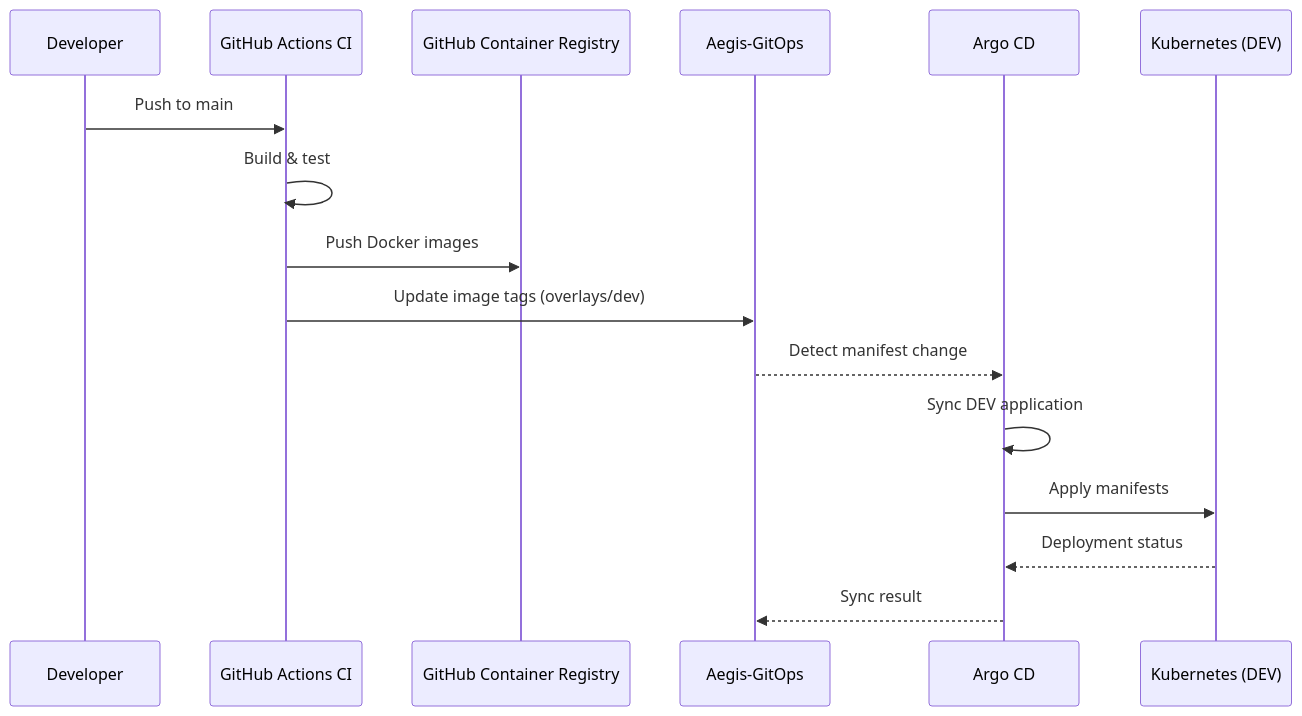
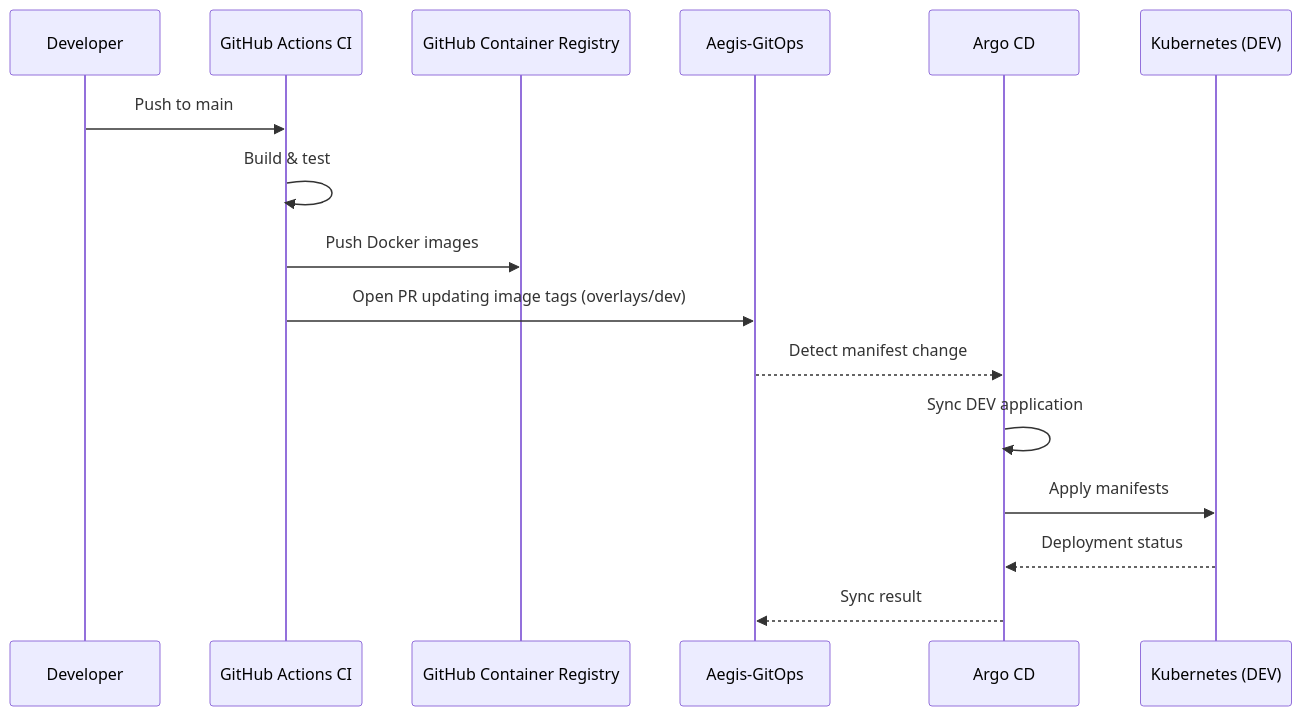
The second of 4 diagrams in README.md (AlexAlvarezGallardo-GitHub/Aegis-GitOps), drawn with Mermaid before and after one commit. The commit also changed other lines of this file and 7 other files, not shown here.

````diff
--- a/README.md
+++ b/README.md
@@ -58,19 +100,19 @@
 ```mermaid
 sequenceDiagram
     participant Dev as Developer
     participant CI as GitHub Actions CI
     participant GHCR as GitHub Container Registry
     participant GitOps as Aegis-GitOps
     participant Argo as Argo CD
     participant K8s as Kubernetes (DEV)
 
     Dev->>CI: Push to main
     CI->>CI: Build & test
     CI->>GHCR: Push Docker images
-    CI->>GitOps: Update image tags (overlays/dev)
+    CI->>GitOps: Open PR updating image tags (overlays/dev)
     GitOps-->>Argo: Detect manifest change
     Argo->>Argo: Sync DEV application
     Argo->>K8s: Apply manifests
     K8s-->>Argo: Deployment status
     Argo-->>GitOps: Sync result
 ```
````
